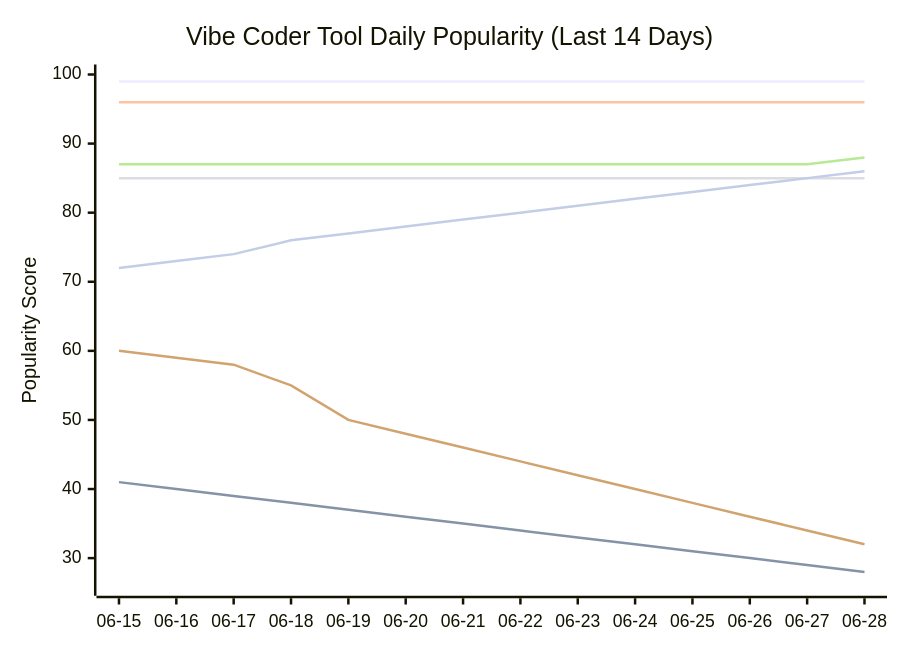
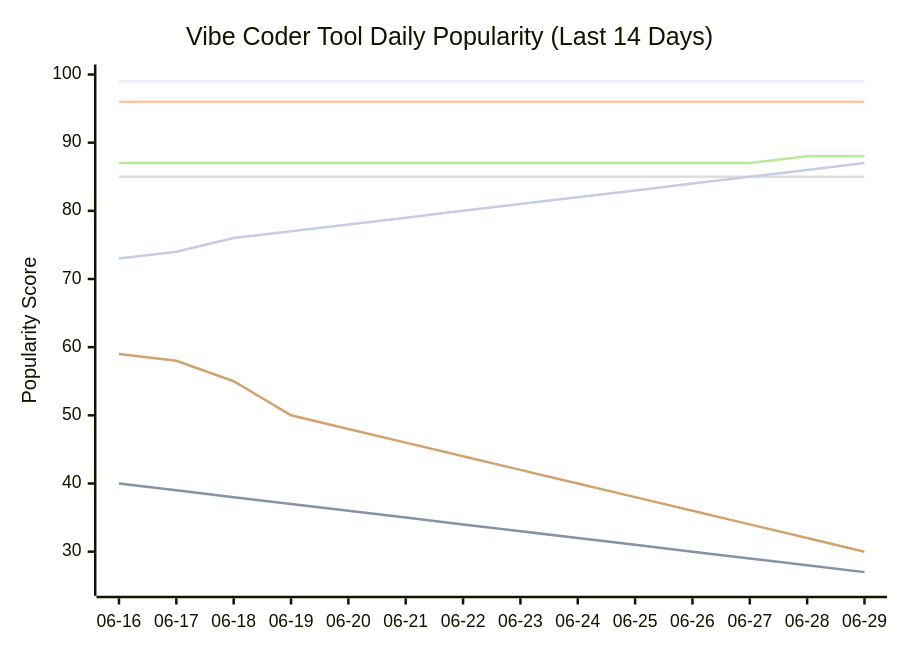
One commit to tykimos/ai-whatchelin changed the seventh of 11 diagrams in README.md. Above: the diagram before and after it, drawn with Mermaid. The commit also changed other lines of this file and 4 other files, not shown here.

````diff
--- a/README.md
+++ b/README.md
@@ -1755,13 +1765,13 @@
 ```mermaid
 xychart-beta
     title "Vibe Coder Tool Daily Popularity (Last 14 Days)"
-    x-axis ["06-15", "06-16", "06-17", "06-18", "06-19", "06-20", "06-21", "06-22", "06-23", "06-24", "06-25", "06-26", "06-27", "06-28"]
-    y-axis "Popularity Score" 26 --> 100
+    x-axis ["06-16", "06-17", "06-18", "06-19", "06-20", "06-21", "06-22", "06-23", "06-24", "06-25", "06-26", "06-27", "06-28", "06-29"]
+    y-axis "Popularity Score" 25 --> 100
     line "Claude Code" [99, 99, 99, 99, 99, 99, 99, 99, 99, 99, 99, 99, 99, 99]
-    line "GH Copilot" [41, 40, 39, 38, 37, 36, 35, 34, 33, 32, 31, 30, 29, 28]
+    line "GH Copilot" [40, 39, 38, 37, 36, 35, 34, 33, 32, 31, 30, 29, 28, 27]
     line "Cursor" [96, 96, 96, 96, 96, 96, 96, 96, 96, 96, 96, 96, 96, 96]
     line "Windsurf" [85, 85, 85, 85, 85, 85, 85, 85, 85, 85, 85, 85, 85, 85]
-    line "Codex CLI" [87, 87, 87, 87, 87, 87, 87, 87, 87, 87, 87, 87, 87, 88]
-    line "Gemini CLI" [60, 59, 58, 55, 50, 48, 46, 44, 42, 40, 38, 36, 34, 32]
-    line "Antigravity" [72, 73, 74, 76, 77, 78, 79, 80, 81, 82, 83, 84, 85, 86]
+    line "Codex CLI" [87, 87, 87, 87, 87, 87, 87, 87, 87, 87, 87, 87, 88, 88]
+    line "Gemini CLI" [59, 58, 55, 50, 48, 46, 44, 42, 40, 38, 36, 34, 32, 30]
+    line "Antigravity" [73, 74, 76, 77, 78, 79, 80, 81, 82, 83, 84, 85, 86, 87]
 ```
````
